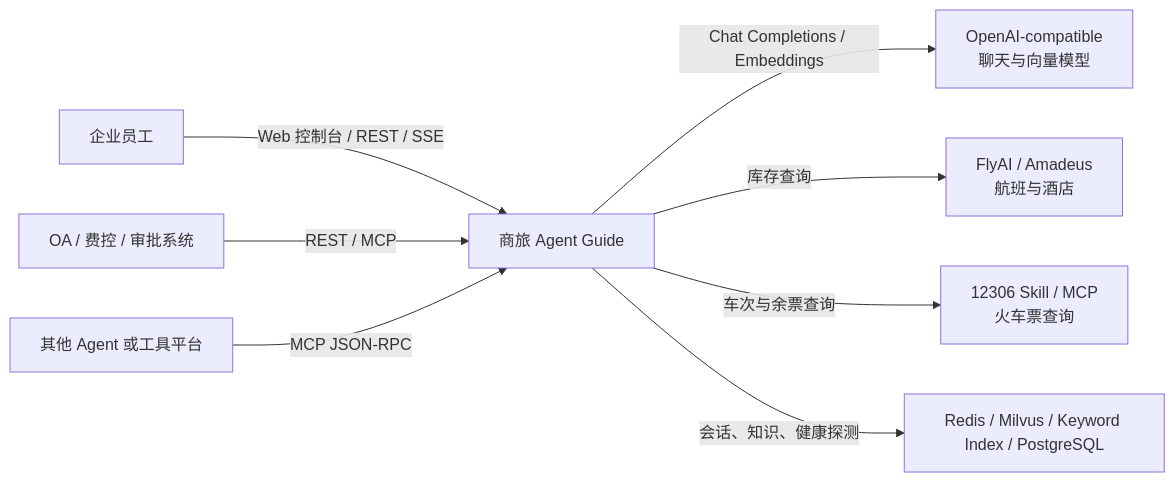
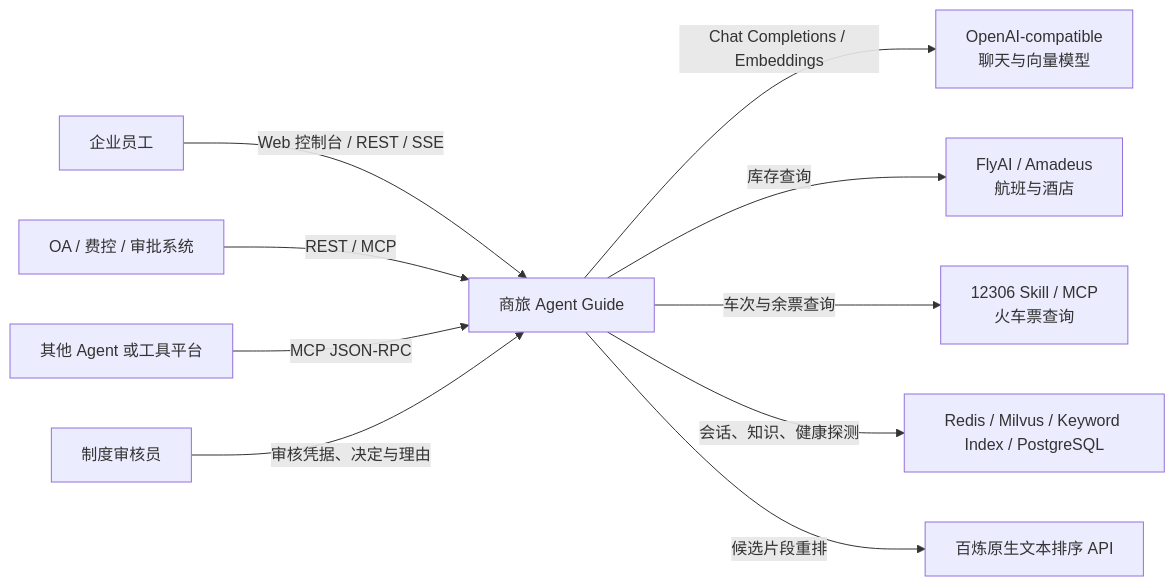
One commit to wangyang-777/Multi-Agent-Business-Travel-Assistant-System changed the first of 12 diagrams in docs/overall-design.md. Above: the diagram before and after it, drawn with Mermaid. The commit also changed other lines of this file, not shown here.

````diff
--- a/docs/overall-design.md
+++ b/docs/overall-design.md
@@ -46,21 +47,25 @@
 ```mermaid
 flowchart LR
     Employee[企业员工]
     OA[OA / 费控 / 审批系统]
     AgentPlatform[其他 Agent 或工具平台]
 
     System[商旅 Agent Guide]
 
     LLM[OpenAI-compatible<br/>聊天与向量模型]
     FlightHotel[FlyAI / Amadeus<br/>航班与酒店]
     Railway[12306 Skill / MCP<br/>火车票查询]
     Stores[Redis / Milvus / Keyword Index / PostgreSQL]
+    Reviewer[制度审核员]
+    RerankAPI[百炼原生文本排序 API]
 
     Employee -->|Web 控制台 / REST / SSE| System
     OA -->|REST / MCP| System
     AgentPlatform -->|MCP JSON-RPC| System
     System -->|Chat Completions / Embeddings| LLM
     System -->|库存查询| FlightHotel
     System -->|车次与余票查询| Railway
     System -->|会话、知识、健康探测| Stores
+    System -->|候选片段重排| RerankAPI
+    Reviewer -->|审核凭据、决定与理由| System
 ```
````
